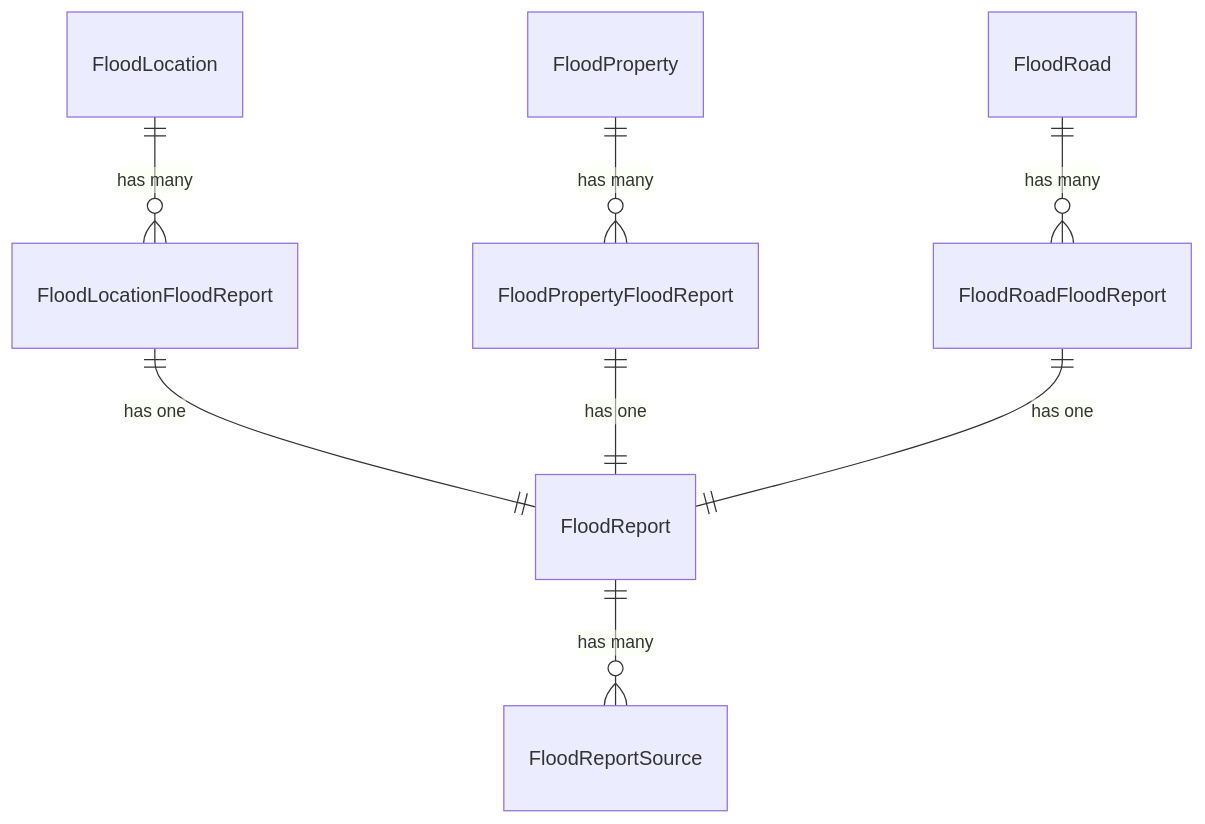
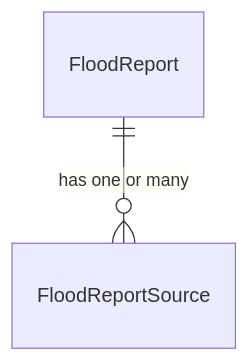
One commit to Dorset-Council-UK/FloodOnlineReportingTool.ReportStatus changed the diagram in docs/diagrams/tables.md. Above: the diagram before and after it, drawn with Mermaid. The commit also changed 1 other file, not shown here.

Commit message:
Updates to existing diagarms.

````diff
--- a/docs/diagrams/tables.md
+++ b/docs/diagrams/tables.md
@@ -4,10 +4,4 @@
 ```mermaid
 erDiagram
-    FloodLocation ||--o{ FloodLocationFloodReport : "has many"
-    FloodProperty ||--o{ FloodPropertyFloodReport : "has many"
-    FloodRoad ||--o{ FloodRoadFloodReport : "has many"
-    FloodReport ||--o{ FloodReportSource : "has many"
-    FloodLocationFloodReport ||--|| FloodReport : "has one"
-    FloodPropertyFloodReport ||--|| FloodReport : "has one"
-    FloodRoadFloodReport ||--|| FloodReport : "has one"
+   FloodReport ||--o{ FloodReportSource : "has one or many"
 ```
````
